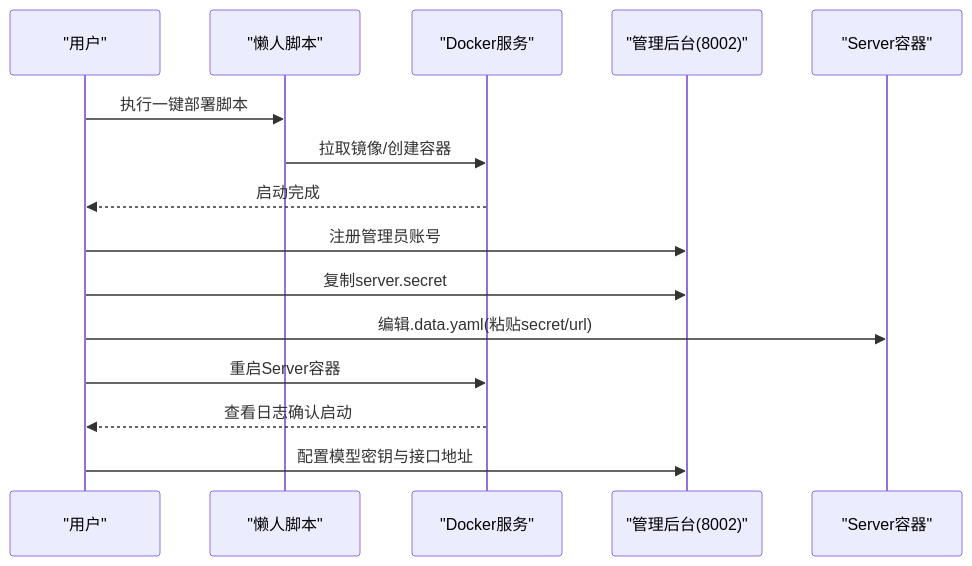
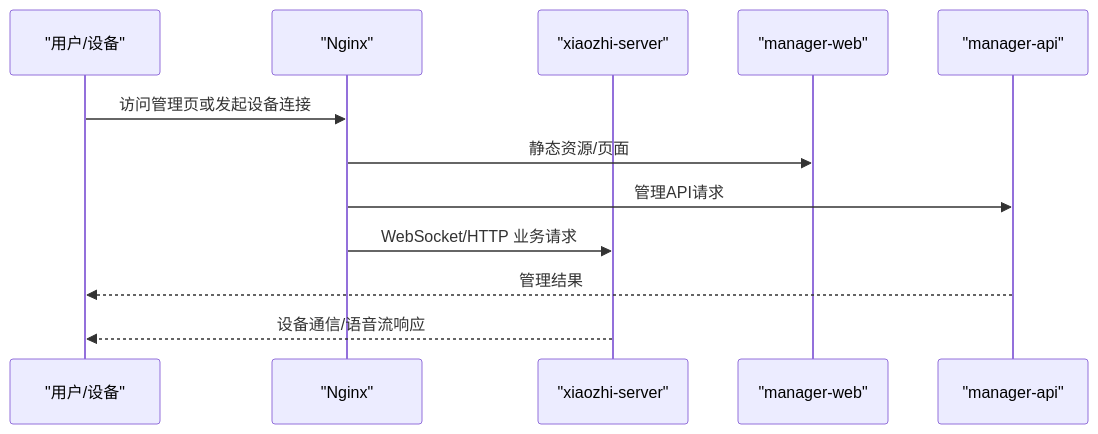
One commit to haixinke/xiaozhi-esp32-server changed the second of 6 diagrams in .qoder/repowiki/zh/content/快速开始.md. Above: the diagram before and after it, drawn with Mermaid. The commit also changed other lines of this file and 557 other files, not shown here.

````diff
--- a/.qoder/repowiki/zh/content/快速开始.md
+++ b/.qoder/repowiki/zh/content/快速开始.md
@@ -168,17 +100,14 @@
 ```mermaid
 sequenceDiagram
-participant User as "用户"
-participant Script as "懒人脚本"
-participant Docker as "Docker服务"
-participant Web as "管理后台(8002)"
-participant Server as "Server容器"
-User->>Script : 执行一键部署脚本
-Script->>Docker : 拉取镜像/创建容器
-Docker-->>User : 启动完成
-User->>Web : 注册管理员账号
-User->>Web : 复制server.secret
-User->>Server : 编辑.data.yaml(粘贴secret/url)
-User->>Docker : 重启Server容器
-Docker-->>User : 查看日志确认启动
-User->>Web : 配置模型密钥与接口地址
+participant U as "用户/设备"
+participant N as "Nginx"
+participant S as "xiaozhi-server"
+participant W as "manager-web"
+participant A as "manager-api"
+U->>N : 访问管理页或发起设备连接
+N->>W : 静态资源/页面
+N->>A : 管理API请求
+N->>S : WebSocket/HTTP 业务请求
+A-->>U : 管理结果
+S-->>U : 设备通信/语音流响应
 ```
````
